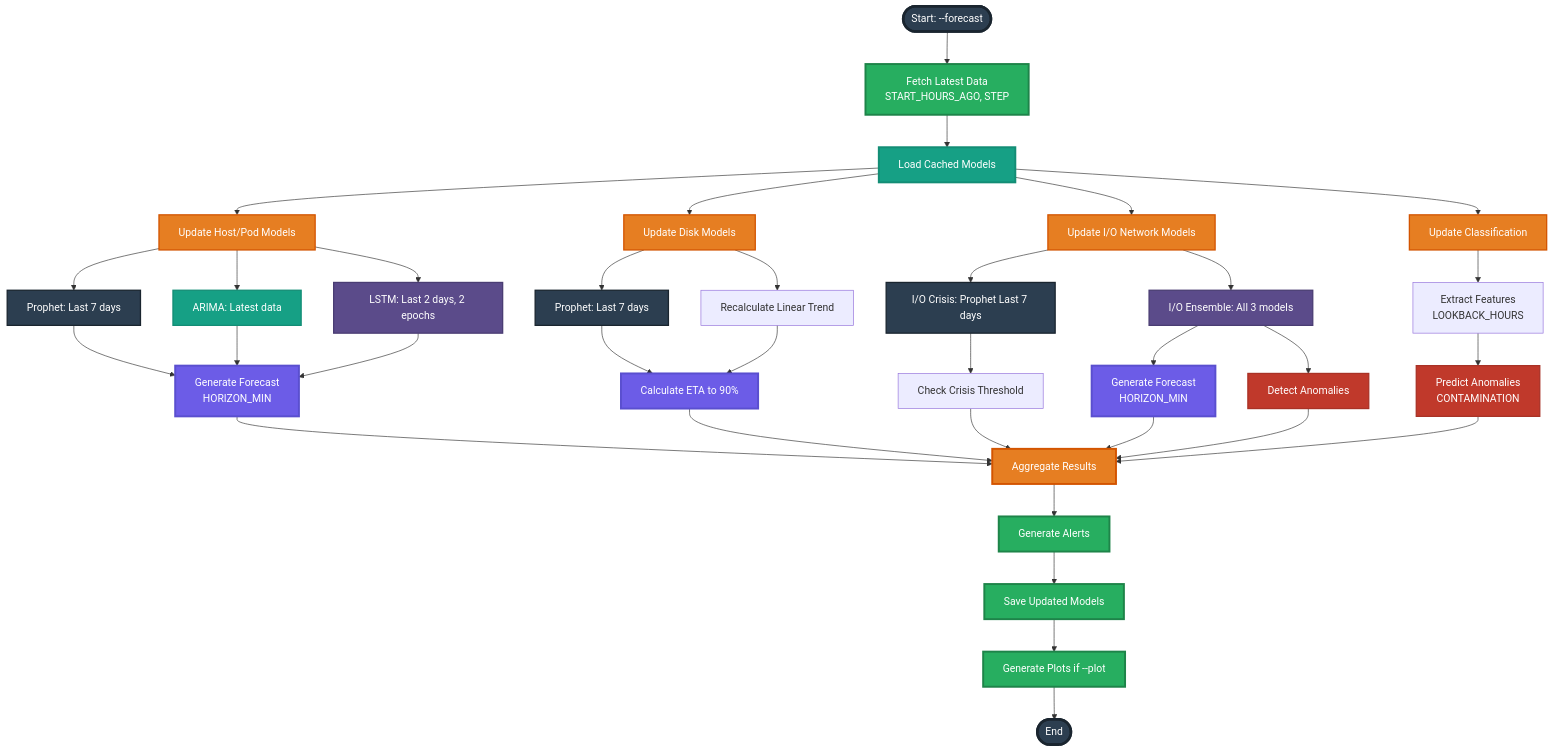
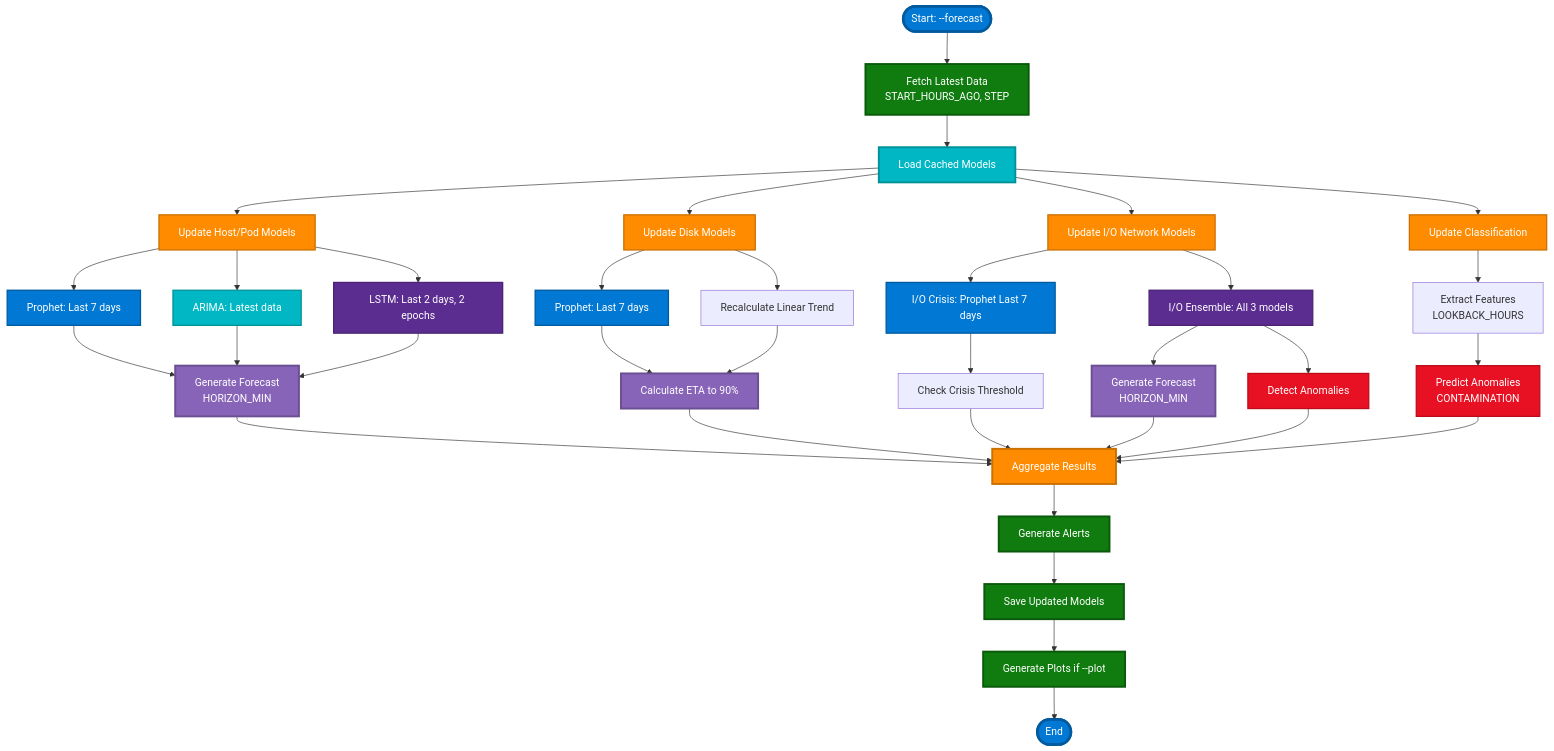
Before and after one commit to k8sautom8/metrics-ml: the sixth of 11 diagrams in Docs/VISUAL_ARCHITECTURE_GUIDE.md, drawn with Mermaid. The commit also changed other lines of this file, not shown here.

````diff
--- a/Docs/VISUAL_ARCHITECTURE_GUIDE.md
+++ b/Docs/VISUAL_ARCHITECTURE_GUIDE.md
@@ -431,68 +431,68 @@
 ```mermaid
 flowchart TD
     Start([Start: --forecast]) --> Fetch[Fetch Latest Data<br/>START_HOURS_AGO, STEP]
     
     Fetch --> Load[Load Cached Models]
     
     Load --> UpdateHP[Update Host/Pod Models]
     Load --> UpdateDisk[Update Disk Models]
     Load --> UpdateIO[Update I/O Network Models]
     Load --> UpdateClass[Update Classification]
     
     UpdateHP --> HPProphet[Prophet: Last 7 days]
     UpdateHP --> HPARIMA[ARIMA: Latest data]
     UpdateHP --> HPLSTM[LSTM: Last 2 days, 2 epochs]
     HPProphet --> HPForecast[Generate Forecast<br/>HORIZON_MIN]
     HPARIMA --> HPForecast
     HPLSTM --> HPForecast
     
     UpdateDisk --> DiskProphet[Prophet: Last 7 days]
     UpdateDisk --> DiskLinear[Recalculate Linear Trend]
     DiskProphet --> DiskForecast[Calculate ETA to 90%]
     DiskLinear --> DiskForecast
     
     UpdateIO --> IOCrisis[I/O Crisis: Prophet Last 7 days]
     UpdateIO --> IOEnsemble[I/O Ensemble: All 3 models]
     IOCrisis --> IOCheck[Check Crisis Threshold]
     IOEnsemble --> IOForecast[Generate Forecast<br/>HORIZON_MIN]
     IOEnsemble --> IOAnomaly[Detect Anomalies]
     
     UpdateClass --> ClassFeat[Extract Features<br/>LOOKBACK_HOURS]
     ClassFeat --> ClassPredict[Predict Anomalies<br/>CONTAMINATION]
     
     HPForecast --> Aggregate[Aggregate Results]
     DiskForecast --> Aggregate
     IOCheck --> Aggregate
     IOForecast --> Aggregate
     IOAnomaly --> Aggregate
     ClassPredict --> Aggregate
     
     Aggregate --> Alerts[Generate Alerts]
     Alerts --> Save[Save Updated Models]
     Save --> Plots[Generate Plots if --plot]
     Plots --> End([End])
     
-    classDef startEnd fill:#2C3E50,stroke:#1A252F,stroke-width:4px,color:#fff
-    classDef dataFetch fill:#27AE60,stroke:#1E8449,stroke-width:3px,color:#fff
-    classDef load fill:#16A085,stroke:#138D75,stroke-width:3px,color:#fff
-    classDef update fill:#E67E22,stroke:#D35400,stroke-width:2px,color:#fff
-    classDef prophet fill:#2C3E50,stroke:#1A252F,stroke-width:2px,color:#fff
-    classDef arima fill:#16A085,stroke:#138D75,stroke-width:2px,color:#fff
-    classDef lstm fill:#5B4B8A,stroke:#4A3D73,stroke-width:2px,color:#fff
-    classDef forecast fill:#6C5CE7,stroke:#5A4FCF,stroke-width:3px,color:#fff
-    classDef anomaly fill:#C0392B,stroke:#A93226,stroke-width:2px,color:#fff
-    classDef aggregate fill:#E67E22,stroke:#D35400,stroke-width:3px,color:#fff
-    classDef output fill:#27AE60,stroke:#1E8449,stroke-width:3px,color:#fff
+    classDef startEnd fill:#0078D4,stroke:#005A9E,stroke-width:4px,color:#fff
+    classDef dataFetch fill:#107C10,stroke:#0B5A0B,stroke-width:3px,color:#fff
+    classDef load fill:#00B7C3,stroke:#00929A,stroke-width:3px,color:#fff
+    classDef update fill:#FF8C00,stroke:#CC7000,stroke-width:2px,color:#fff
+    classDef prophet fill:#0078D4,stroke:#005A9E,stroke-width:2px,color:#fff
+    classDef arima fill:#00B7C3,stroke:#00929A,stroke-width:2px,color:#fff
+    classDef lstm fill:#5C2D91,stroke:#4A2473,stroke-width:2px,color:#fff
+    classDef forecast fill:#8764B8,stroke:#6B4F93,stroke-width:3px,color:#fff
+    classDef anomaly fill:#E81123,stroke:#BA0E1C,stroke-width:2px,color:#fff
+    classDef aggregate fill:#FF8C00,stroke:#CC7000,stroke-width:3px,color:#fff
+    classDef output fill:#107C10,stroke:#0B5A0B,stroke-width:3px,color:#fff
     
     class Start,End startEnd
     class Fetch dataFetch
     class Load load
     class UpdateHP,UpdateDisk,UpdateIO,UpdateClass update
     class HPProphet,DiskProphet,IOCrisis prophet
     class HPARIMA arima
     class HPLSTM,IOEnsemble lstm
     class HPForecast,DiskForecast,IOForecast forecast
     class IOAnomaly,ClassPredict anomaly
     class Aggregate aggregate
     class Alerts,Save,Plots output
 ```
````
